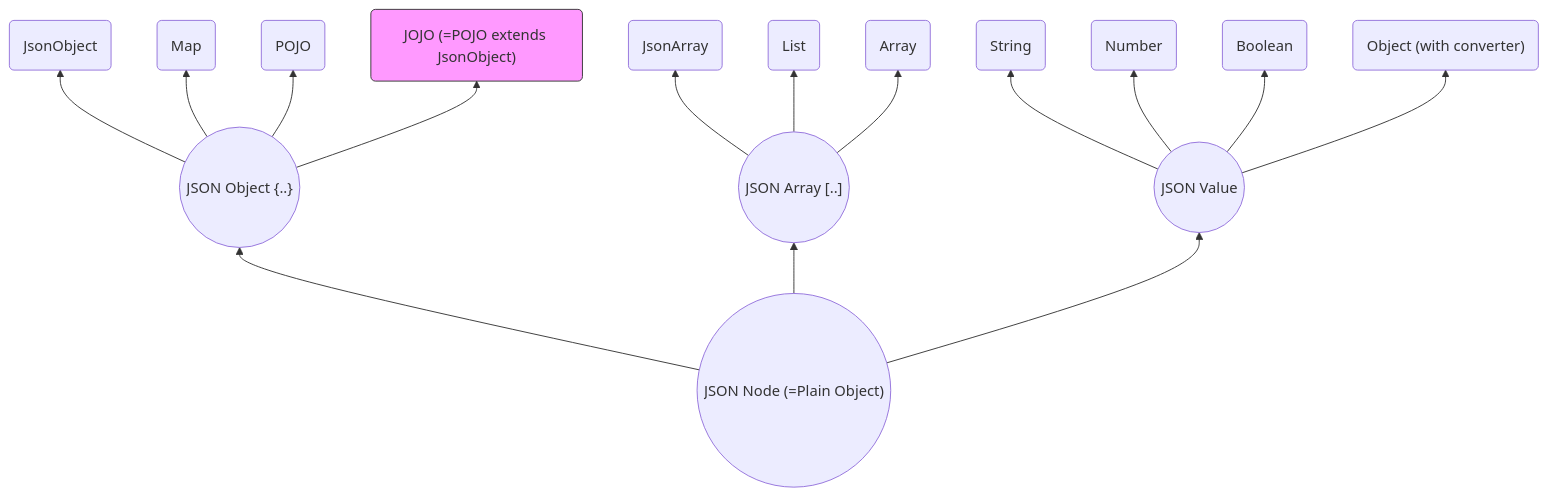
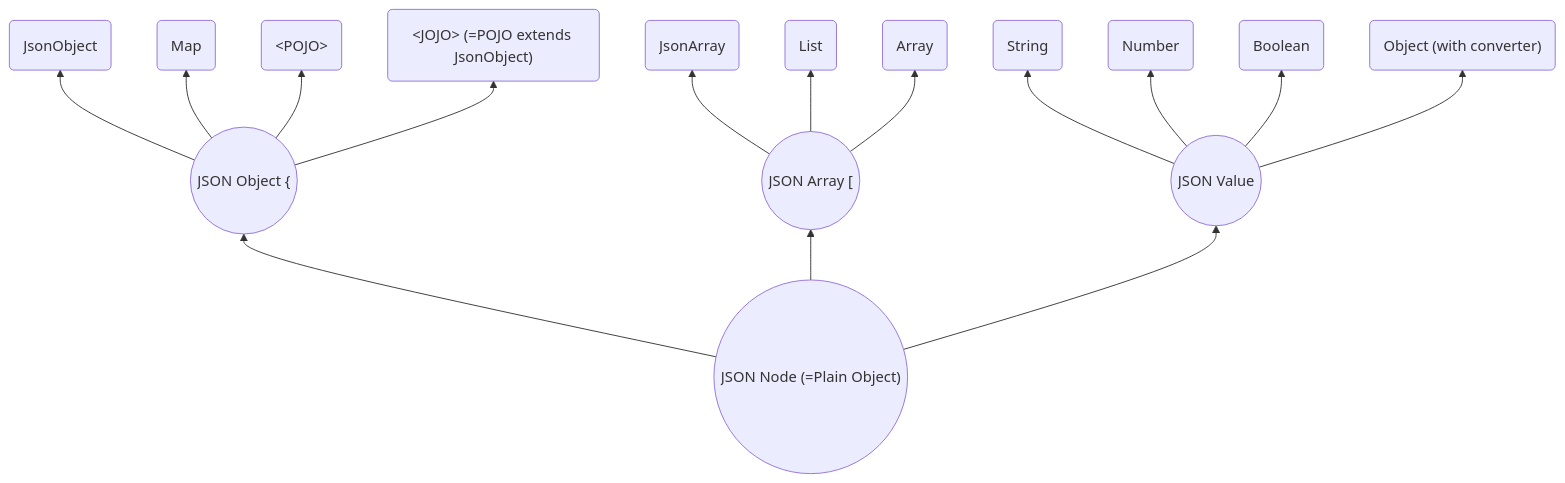
The diagram in README.md (sjf4j-projects/sjf4j), drawn with Mermaid before and after one commit.

Commit message:
Fix JSON Node diagram formatting in README
Updated JSON Node diagram in README to correct formatting and improve clarity.

````diff
--- a/README.md
+++ b/README.md
@@ -4,20 +4,19 @@
 ```mermaid
 graph BT
     node(("JSON Node (=Plain Object)"))
-    node --> object(("JSON Object {..}"))
+    node --> object(("JSON Object {"))
         object --> jo("JsonObject")
         object --> map("Map")
-        object --> pojo("POJO")
-        object --> jojo("JOJO (=POJO extends JsonObject)")
-    node --> array(("JSON Array [..]"))
+        object --> pojo(" &lt;POJO&gt; ")
+        object --> jojo(" &lt;JOJO&gt; (=POJO extends JsonObject)")
+    node --> array(("JSON Array ["))
         array --> ja("JsonArray")
         array --> list("List")
         array --> arr("Array")
     node --> value(("JSON Value"))
         value --> string("String")
         value --> number("Number")
         value --> boolean("Boolean")
         value --> converted("Object (with converter)")
 
-    style jojo fill:#f9f,stroke:#333
 ```
````
